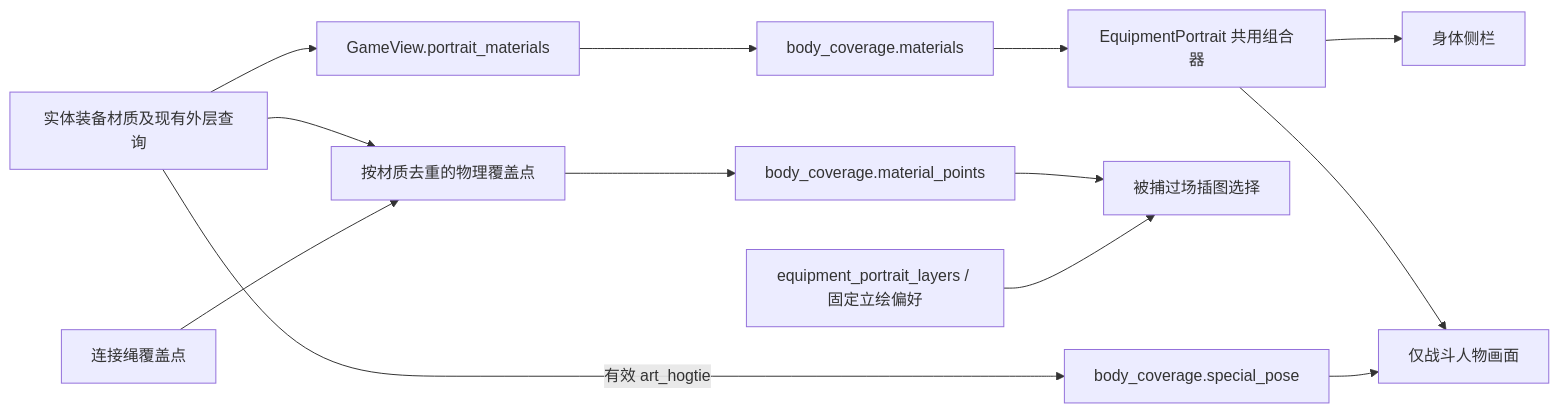
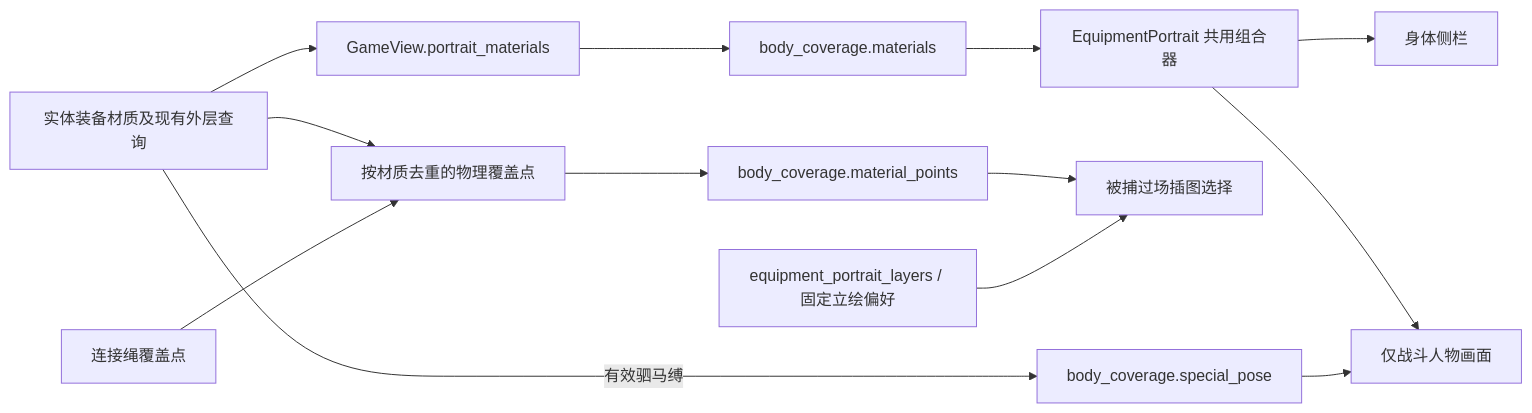
Before and after one commit to h13942080472-prog/magic-spire: the sixth of 6 diagrams in docs/spec/release-interface.md, drawn with Mermaid. The commit also changed other lines of this file and 497 other files, not shown here.

````diff
--- a/docs/spec/release-interface.md
+++ b/docs/spec/release-interface.md
@@ -236,15 +238,15 @@
 ```mermaid
 flowchart LR
   Pieces[实体装备材质及现有外层查询] --> Materials[GameView.portrait_materials]
   Materials --> View[body_coverage.materials]
   View --> Portrait[EquipmentPortrait 共用组合器]
   Portrait --> Sidebar[身体侧栏]
   Portrait --> Arena[战场站姿]
   Pieces --> Points[按材质去重的物理覆盖点]
   Links[连接绳覆盖点] --> Points
   Points --> CaptureView[body_coverage.material_points]
   CaptureView --> CaptureIntro[被捕过场插图选择]
   Plate[equipment_portrait_layers / 固定立绘偏好] --> CaptureIntro
-  Pieces -->|有效 art_hogtie| HogtiePose[body_coverage.special_pose]
+  Pieces -->|有效驷马缚| HogtiePose[body_coverage.special_pose]
   HogtiePose --> Arena[仅战斗人物画面]
 ```
````
